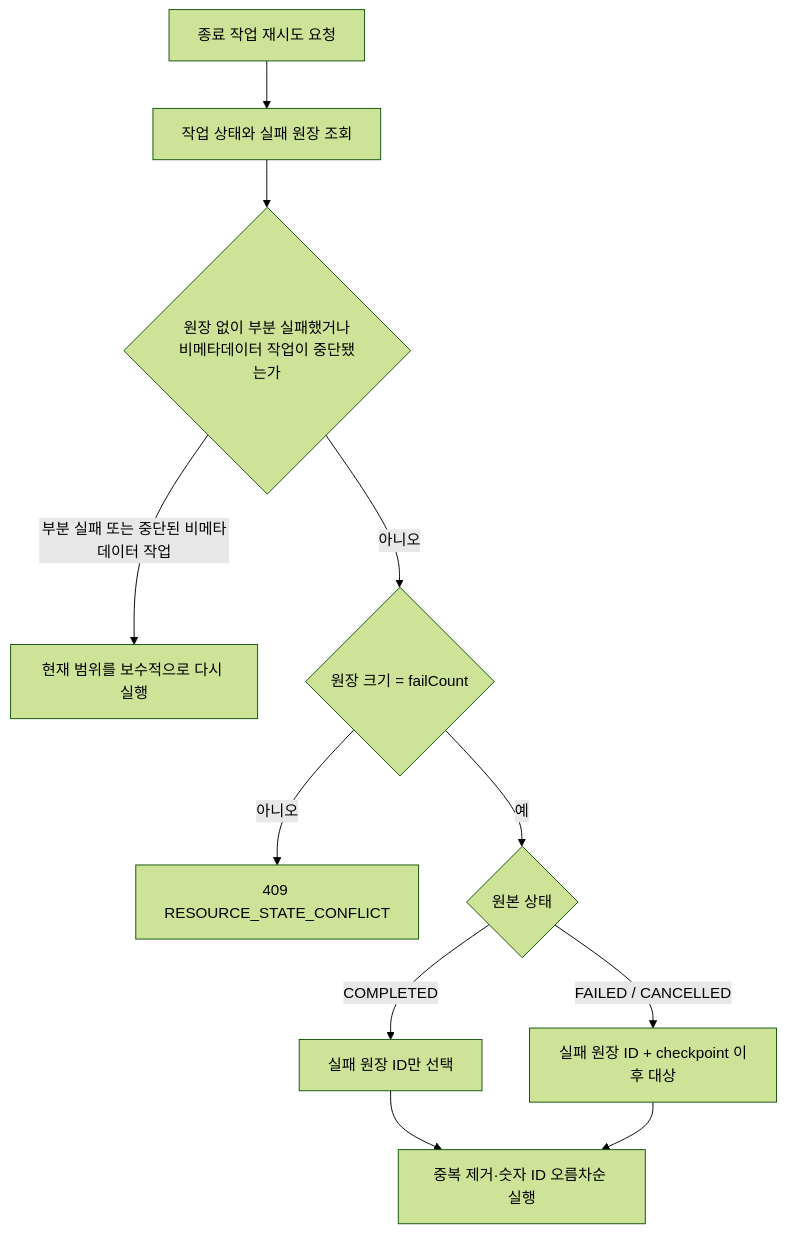
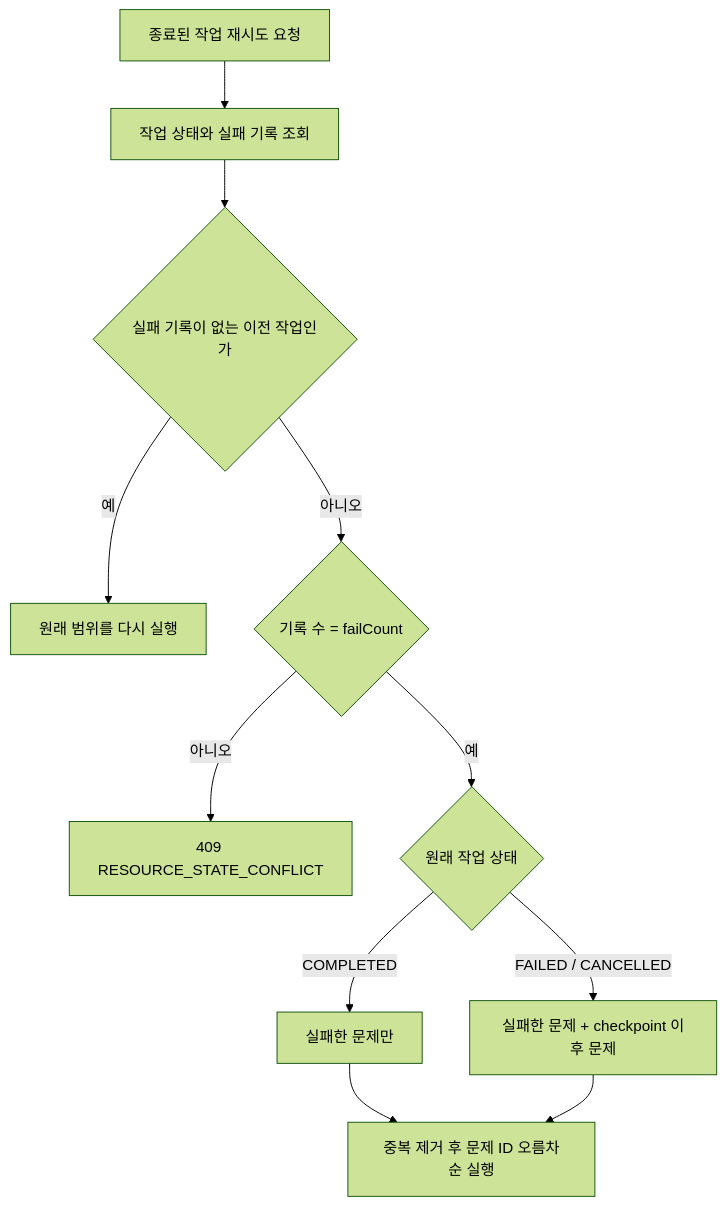
The diagram in DOCS/refactoring/be-refactor/PHASE_6H_CRAWLER_FAILED_ITEM_RETRY.md (didim-log/didim-log-BE), drawn with Mermaid (forest theme) before and after one commit. The commit also changed other lines of this file and 46 other files, not shown here.

````diff
--- a/DOCS/refactoring/be-refactor/PHASE_6H_CRAWLER_FAILED_ITEM_RETRY.md
+++ b/DOCS/refactoring/be-refactor/PHASE_6H_CRAWLER_FAILED_ITEM_RETRY.md
@@ -76,13 +44,13 @@
 ```mermaid
 flowchart TD
-    A["종료 작업 재시도 요청"] --> B["작업 상태와 실패 원장 조회"]
-    B --> C{"원장 없이 부분 실패했거나<br/>비메타데이터 작업이 중단됐는가"}
-    C -->|부분 실패 또는 중단된 비메타데이터 작업| D["현재 범위를 보수적으로 다시 실행"]
-    C -->|아니오| E{"원장 크기 = failCount"}
+    A["종료된 작업 재시도 요청"] --> B["작업 상태와 실패 기록 조회"]
+    B --> C{"실패 기록이 없는 이전 작업인가"}
+    C -->|예| D["원래 범위를 다시 실행"]
+    C -->|아니오| E{"기록 수 = failCount"}
     E -->|아니오| F["409 RESOURCE_STATE_CONFLICT"]
-    E -->|예| G{"원본 상태"}
-    G -->|COMPLETED| H["실패 원장 ID만 선택"]
-    G -->|FAILED / CANCELLED| I["실패 원장 ID + checkpoint 이후 대상"]
-    H --> J["중복 제거·숫자 ID 오름차순 실행"]
+    E -->|예| G{"원래 작업 상태"}
+    G -->|COMPLETED| H["실패한 문제만"]
+    G -->|FAILED / CANCELLED| I["실패한 문제 + checkpoint 이후 문제"]
+    H --> J["중복 제거 후 문제 ID 오름차순 실행"]
     I --> J
 ```
````
